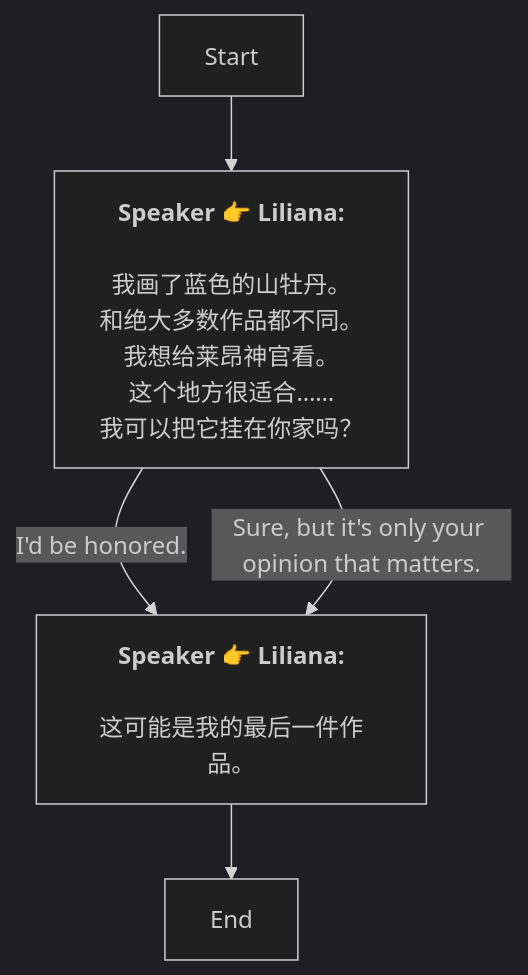
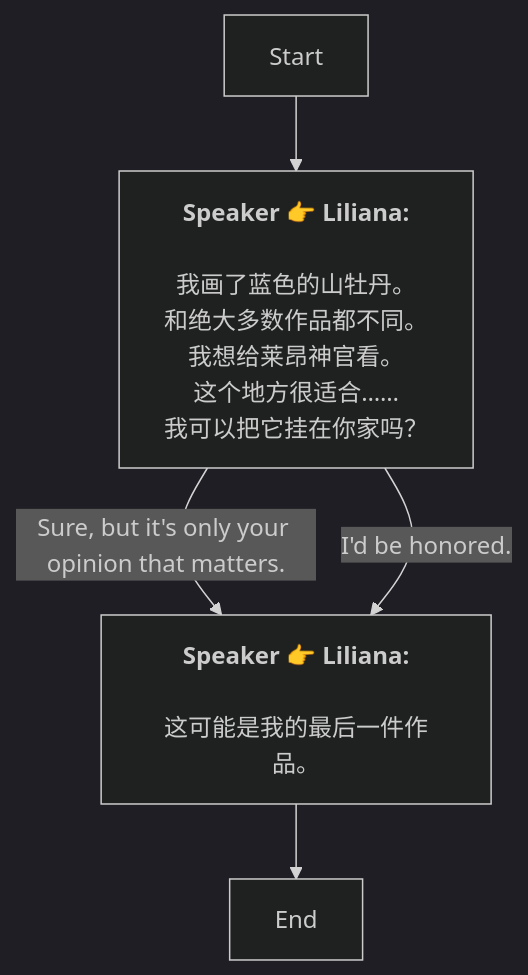
One commit to SoftHu/tos_avg changed the diagram in Zh/Dialog_55279931831909.md. Above: the diagram before and after it, drawn with Mermaid (dark theme). The commit also changed other lines of this file and 780 other files, not shown here.

````diff
--- a/Zh/Dialog_55279931831909.md
+++ b/Zh/Dialog_55279931831909.md
@@ -1,13 +1,13 @@
 ```mermaid
 graph
 Start -->1768957970791862[<b>Speaker 👉 Liliana:</b>
 \n我画了蓝色的山牡丹。
 和绝大多数作品都不同。\n我想给莱昂神官看。
 这个地方很适合……\n我可以把它挂在你家吗？]
+1768957970791862 -->|Sure, but it's only your opinion that matters.|1768958085482941[<b>Speaker 👉 Liliana:</b>
+\n这可能是我的最后一件作品。]
 1768957970791862 -->|I'd be honored.|1768958085482941[<b>Speaker 👉 Liliana:</b>
-\n这可能是我的最后一件作品。]
-1768957970791862 -->|Sure, but it's only your opinion that matters.|1768958085482941[<b>Speaker 👉 Liliana:</b>
 \n这可能是我的最后一件作品。]
 1768958085482941 -->1768957966347701[End]
 
 ```
````
